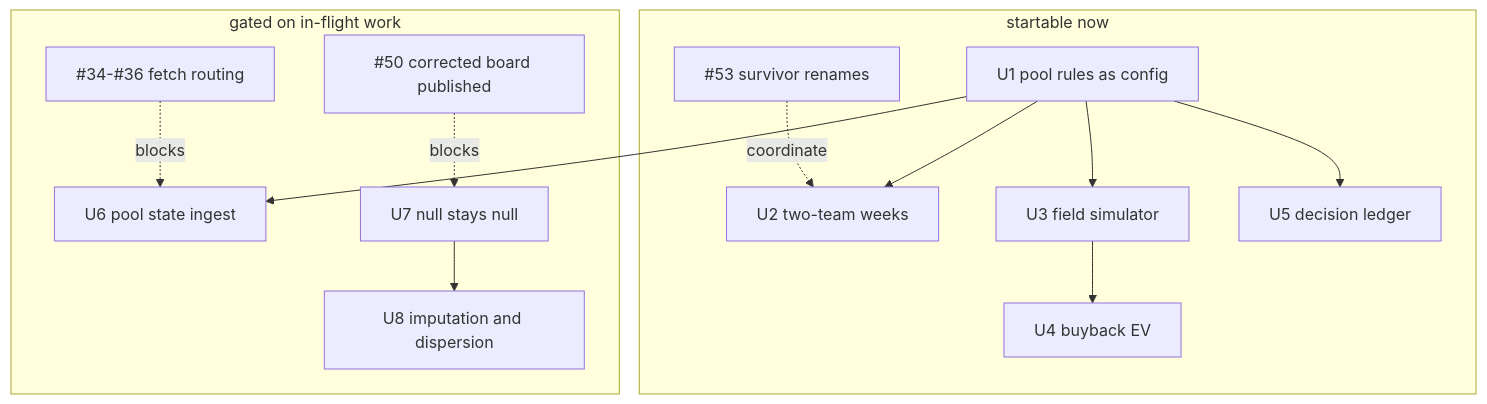
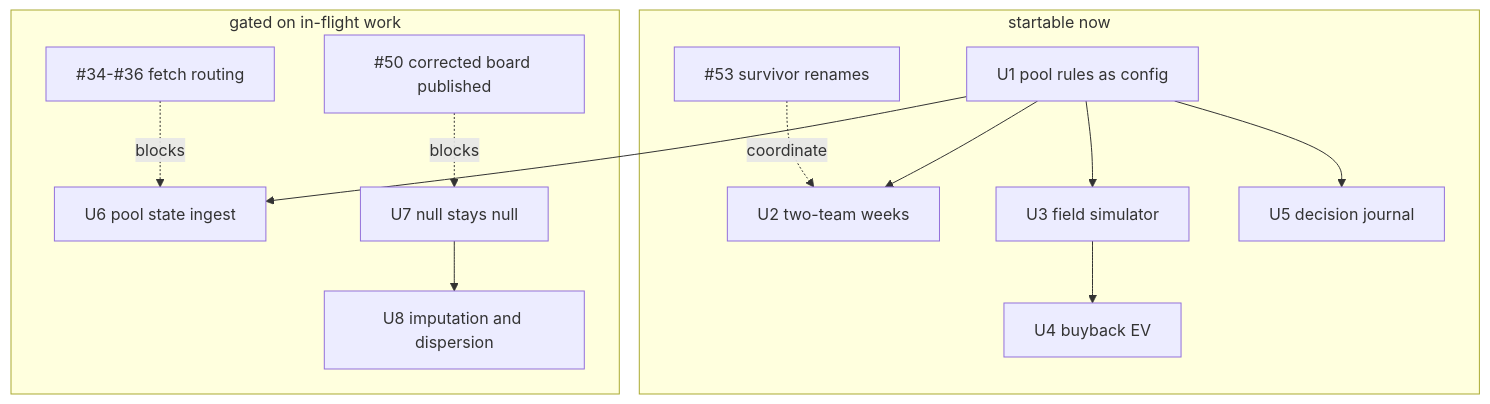
The second of 2 diagrams in docs/plans/2026-09-05-001-feat-survivor-money-layer-plan.md (jacksonmlukas/football-hub), drawn with Mermaid before and after one commit. The commit also changed other lines of this file and 3 other files, not shown here.

````diff
--- a/docs/plans/2026-09-05-001-feat-survivor-money-layer-plan.md
+++ b/docs/plans/2026-09-05-001-feat-survivor-money-layer-plan.md
@@ -195,16 +201,16 @@
 ```mermaid
 flowchart TB
   subgraph free["startable now"]
     I53["#53 survivor renames"] -.coordinate.-> U2[U2 two-team weeks]
     U1[U1 pool rules as config] --> U2
     U1 --> U3[U3 field simulator]
-    U1 --> U5[U5 decision ledger]
+    U1 --> U5[U5 decision journal]
     U3 --> U4[U4 buyback EV]
   end
   subgraph gated["gated on in-flight work"]
     I34["#34-#36 fetch routing"] -.blocks.-> U6[U6 pool state ingest]
     I50["#50 corrected board published"] -.blocks.-> U7[U7 null stays null]
     U7 --> U8[U8 imputation and dispersion]
   end
   U1 --> U6
 ```
````
